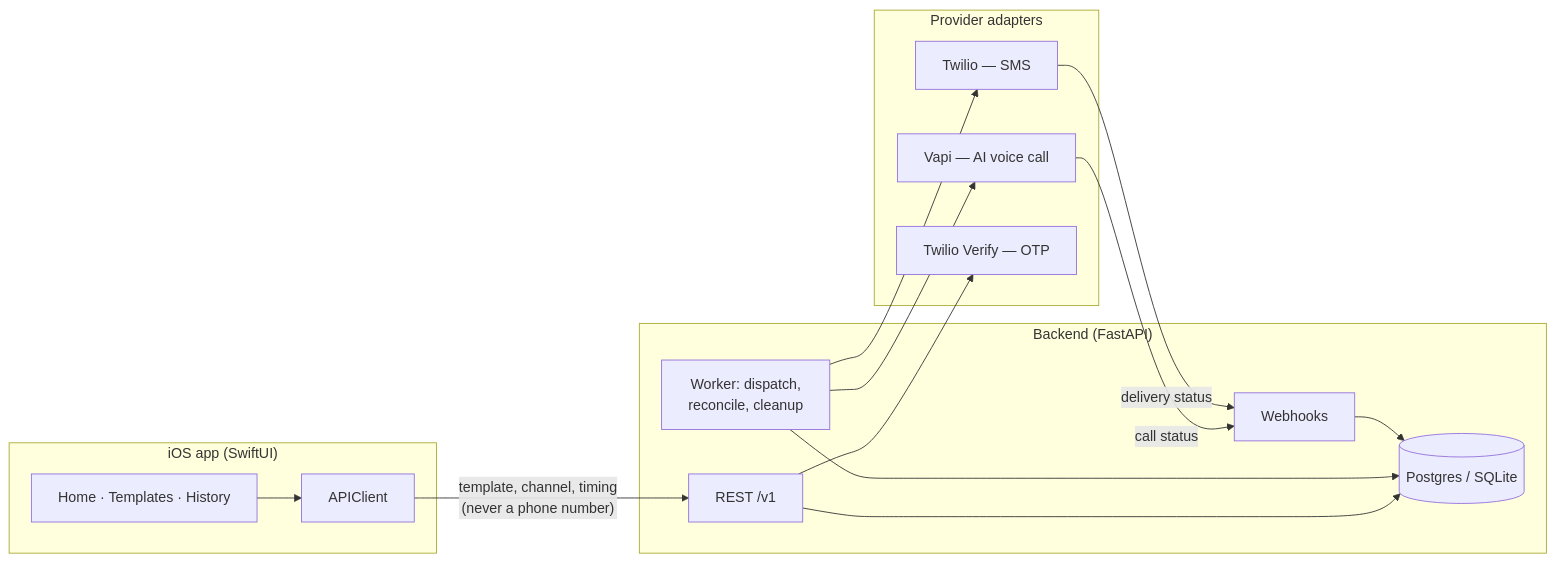
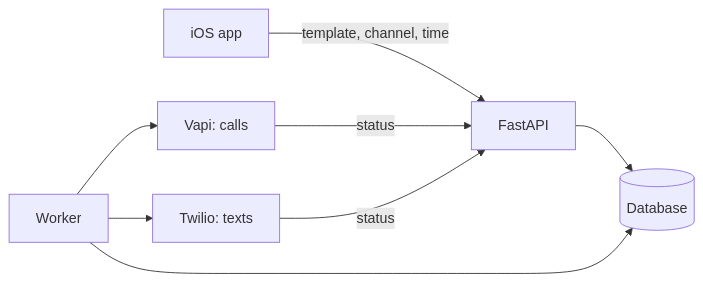
The diagram in README.md (loukra/AlibiMe), drawn with Mermaid before and after one commit. The commit also changed other lines of this file and 4 other files, not shown here.

````diff
--- a/README.md
+++ b/README.md
@@ -81,31 +42,10 @@
 ```mermaid
 flowchart LR
-    subgraph iOS["iOS app (SwiftUI)"]
-        UI[Home · Templates · History]
-        API[APIClient]
-        UI --> API
-    end
-
-    subgraph Backend["Backend (FastAPI)"]
-        R[REST /v1]
-        D[(Postgres / SQLite)]
-        W[Worker: dispatch,<br/>reconcile, cleanup]
-        WH[Webhooks]
-        R --> D
-        W --> D
-        WH --> D
-    end
-
-    subgraph Providers["Provider adapters"]
-        V[Vapi — AI voice call]
-        S[Twilio — SMS]
-        O[Twilio Verify — OTP]
-    end
-
-    API -- "template, channel, timing<br/>(never a phone number)" --> R
-    R --> O
-    W --> V
-    W --> S
-    V -- call status --> WH
-    S -- delivery status --> WH
+    App[iOS app] -->|template, channel, time| API[FastAPI]
+    API --> DB[(Database)]
+    Worker --> DB
+    Worker --> Vapi[Vapi: calls]
+    Worker --> Twilio[Twilio: texts]
+    Vapi -->|status| API
+    Twilio -->|status| API
 ```
````
